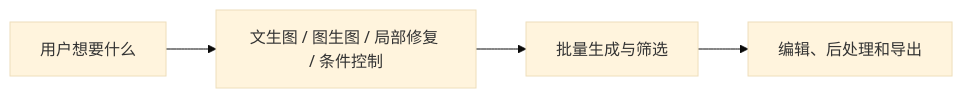
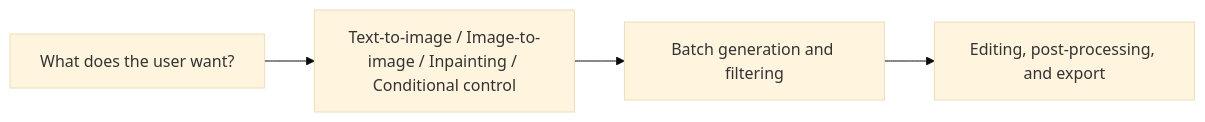
Before and after one commit to oudbiao/AI-fullstack-course: the diagram in docs/ch12-multimodal/ch02-image-gen/03-sd-applications.md, drawn with Mermaid (base theme). The commit also changed other lines of this file and 1406 other files, not shown here.

````diff
--- a/docs/ch12-multimodal/ch02-image-gen/03-sd-applications.md
+++ b/docs/ch12-multimodal/ch02-image-gen/03-sd-applications.md
@@ -43,6 +42,6 @@
 ```mermaid
 flowchart LR
-    A["用户想要什么"] --> B["文生图 / 图生图 / 局部修复 / 条件控制"]
-    B --> C["批量生成与筛选"]
-    C --> D["编辑、后处理和导出"]
+    A["What does the user want?"] --> B["Text-to-image / Image-to-image / Inpainting / Conditional control"]
+    B --> C["Batch generation and filtering"]
+    C --> D["Editing, post-processing, and export"]
 ```
````
